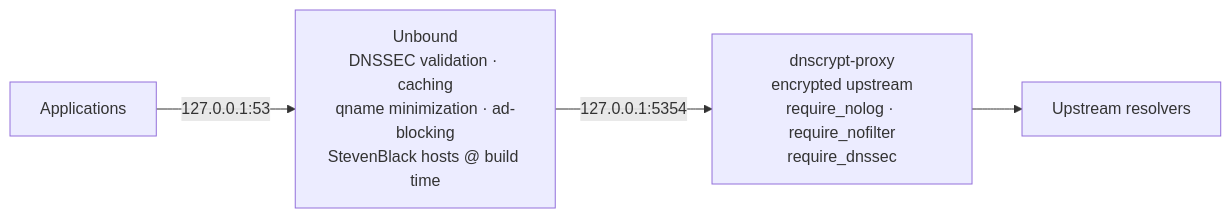
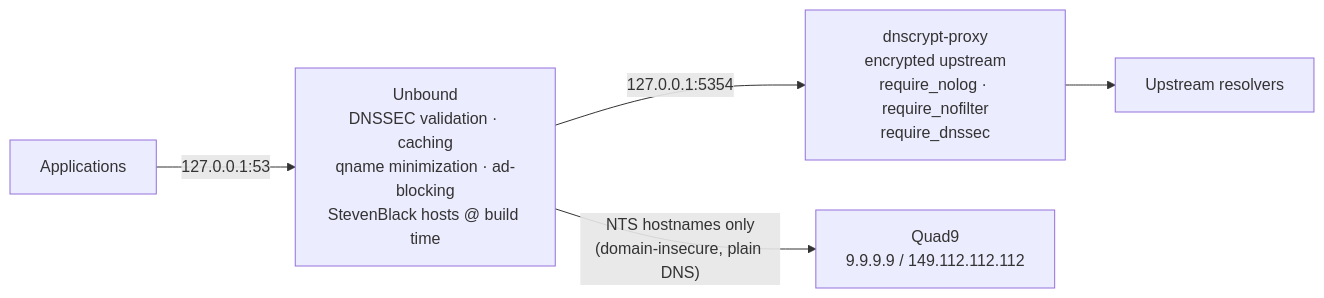
The second of 2 diagrams in README.md (Masrkai/Velonia), drawn with Mermaid before and after one commit. The commit also changed other lines of this file and 2 other files, not shown here.

First line of the commit message:
fix(networking): break boot-time clock/DNS deadlock

````diff
--- a/README.md
+++ b/README.md
@@ -146,6 +146,7 @@
 ```mermaid
 flowchart LR
     APP[Applications] -->|127.0.0.1:53| U[Unbound<br/>DNSSEC validation · caching<br/>qname minimization · ad-blocking<br/>StevenBlack hosts @ build time]
     U -->|127.0.0.1:5354| D[dnscrypt-proxy<br/>encrypted upstream<br/>require_nolog · require_nofilter<br/>require_dnssec]
     D --> UP[Upstream resolvers]
+    U -->|"NTS hostnames only<br/>(domain-insecure, plain DNS)"| Q[Quad9<br/>9.9.9.9 / 149.112.112.112]
 ```
````
